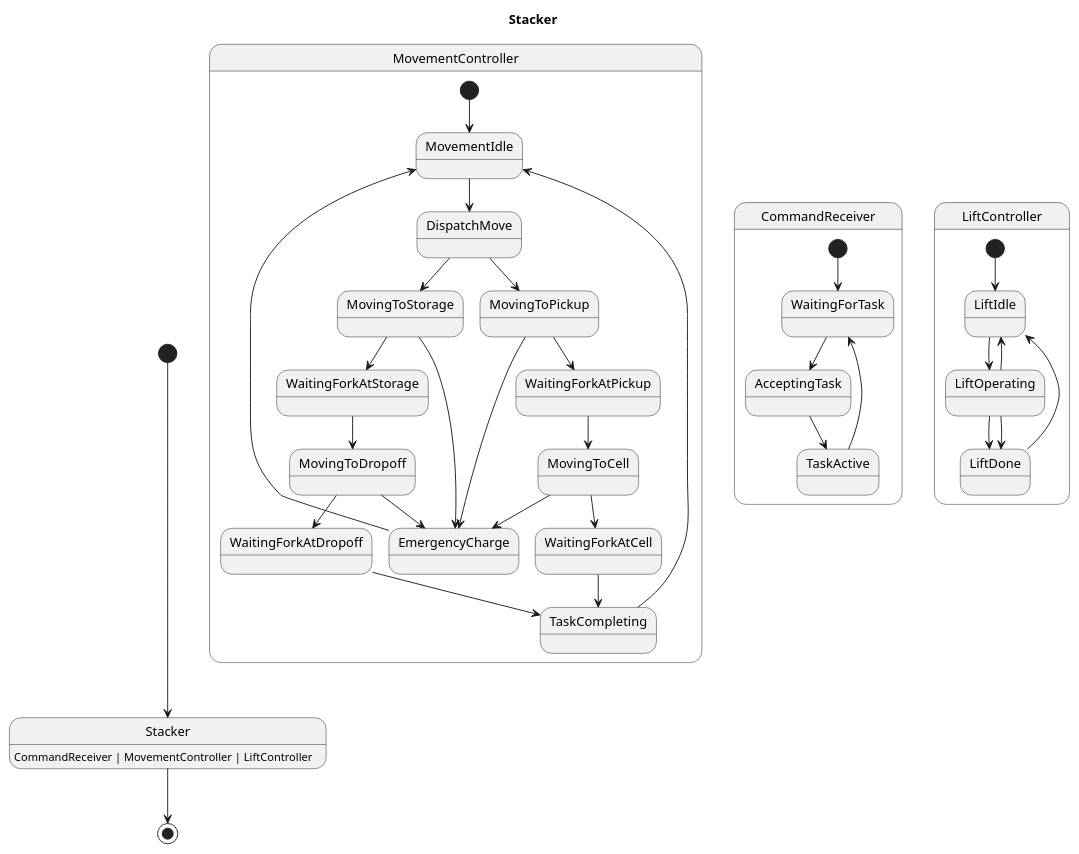
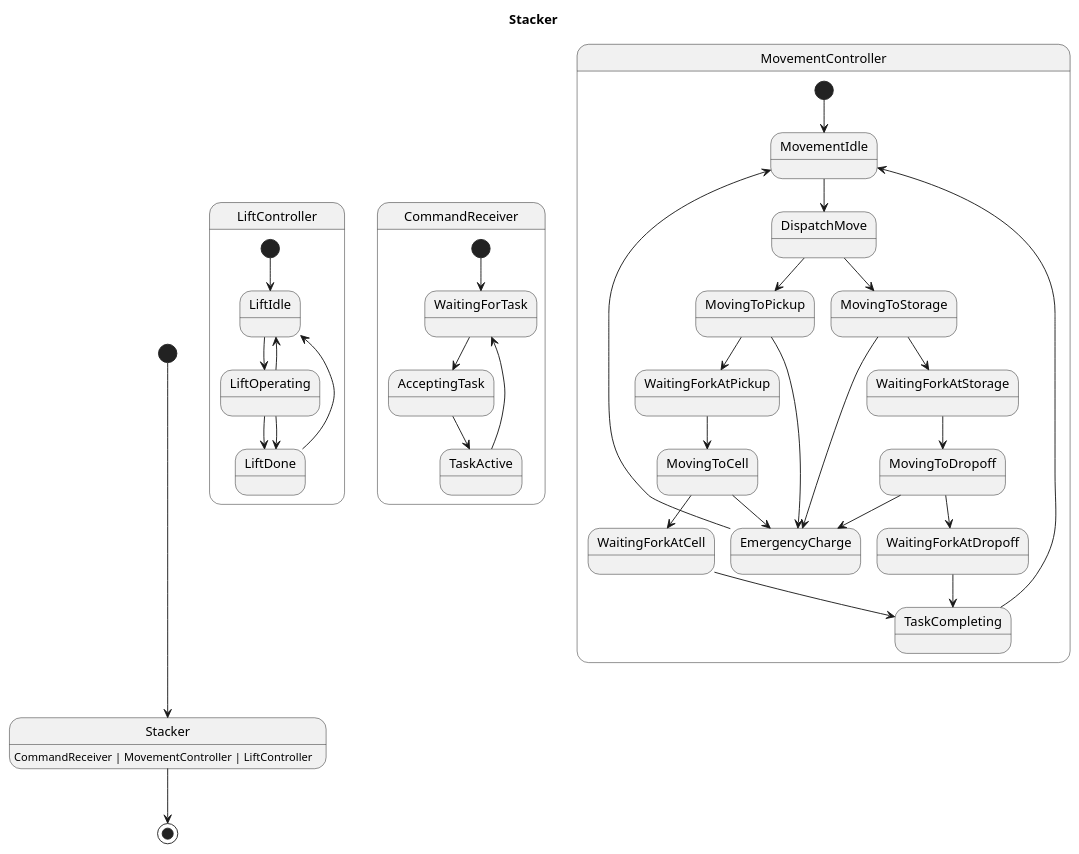
The diagram in examples/generated/plantuml/stacker.puml (Pastor/Takt), drawn with PlantUML before and after one commit. The commit also changed other lines of this file and 16 other files, not shown here.

```diff
--- a/examples/generated/plantuml/stacker.puml
+++ b/examples/generated/plantuml/stacker.puml
@@ -1,45 +1,45 @@
 @startuml
 title Stacker
 
 [*] --> Stacker
 Stacker : CommandReceiver | MovementController | LiftController
 Stacker --> [*]
 
-state MovementController {
-    [*] --> MovementIdle
-    MovingToDropoff --> WaitingForkAtDropoff
-    MovingToDropoff --> EmergencyCharge
-    EmergencyCharge --> MovementIdle
-    MovingToCell --> WaitingForkAtCell
-    MovingToCell --> EmergencyCharge
-    WaitingForkAtStorage --> MovingToDropoff
-    TaskCompleting --> MovementIdle
-    DispatchMove --> MovingToPickup
-    DispatchMove --> MovingToStorage
-    WaitingForkAtCell --> TaskCompleting
-    MovementIdle --> DispatchMove
-    MovingToStorage --> WaitingForkAtStorage
-    MovingToStorage --> EmergencyCharge
-    WaitingForkAtPickup --> MovingToCell
-    MovingToPickup --> WaitingForkAtPickup
-    MovingToPickup --> EmergencyCharge
-    WaitingForkAtDropoff --> TaskCompleting
+state LiftController {
+    [*] --> LiftIdle
+    LiftIdle --> LiftOperating
+    LiftOperating --> LiftDone
+    LiftOperating --> LiftDone
+    LiftOperating --> LiftIdle
+    LiftDone --> LiftIdle
 }
 
 state CommandReceiver {
     [*] --> WaitingForTask
+    AcceptingTask --> TaskActive
+    TaskActive --> WaitingForTask
     WaitingForTask --> AcceptingTask
-    TaskActive --> WaitingForTask
-    AcceptingTask --> TaskActive
 }
 
-state LiftController {
-    [*] --> LiftIdle
-    LiftOperating --> LiftDone
-    LiftOperating --> LiftDone
-    LiftOperating --> LiftIdle
-    LiftIdle --> LiftOperating
-    LiftDone --> LiftIdle
+state MovementController {
+    [*] --> MovementIdle
+    WaitingForkAtPickup --> MovingToCell
+    MovementIdle --> DispatchMove
+    MovingToPickup --> WaitingForkAtPickup
+    MovingToPickup --> EmergencyCharge
+    DispatchMove --> MovingToPickup
+    DispatchMove --> MovingToStorage
+    WaitingForkAtCell --> TaskCompleting
+    TaskCompleting --> MovementIdle
+    EmergencyCharge --> MovementIdle
+    WaitingForkAtStorage --> MovingToDropoff
+    MovingToDropoff --> WaitingForkAtDropoff
+    MovingToDropoff --> EmergencyCharge
+    MovingToStorage --> WaitingForkAtStorage
+    MovingToStorage --> EmergencyCharge
+    MovingToCell --> WaitingForkAtCell
+    MovingToCell --> EmergencyCharge
+    WaitingForkAtDropoff --> TaskCompleting
 }
 
 @enduml
```
